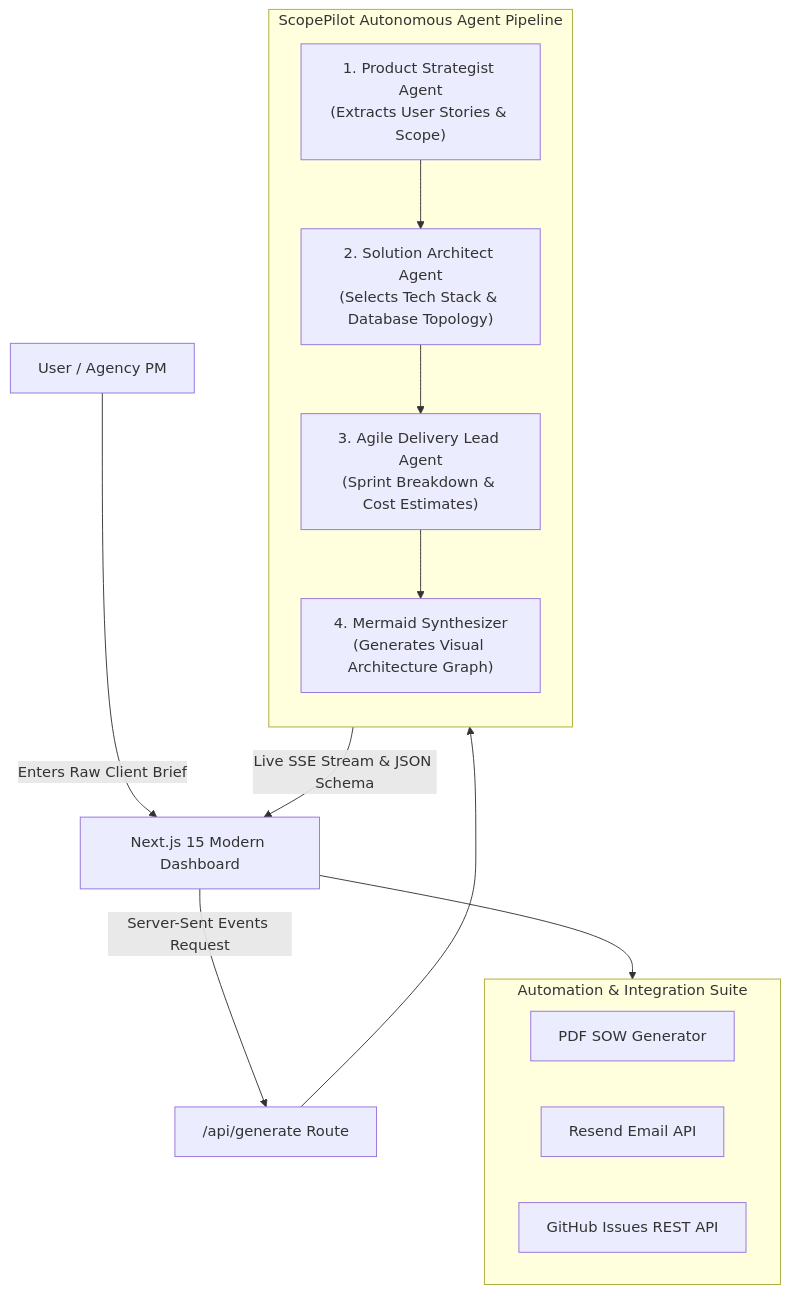
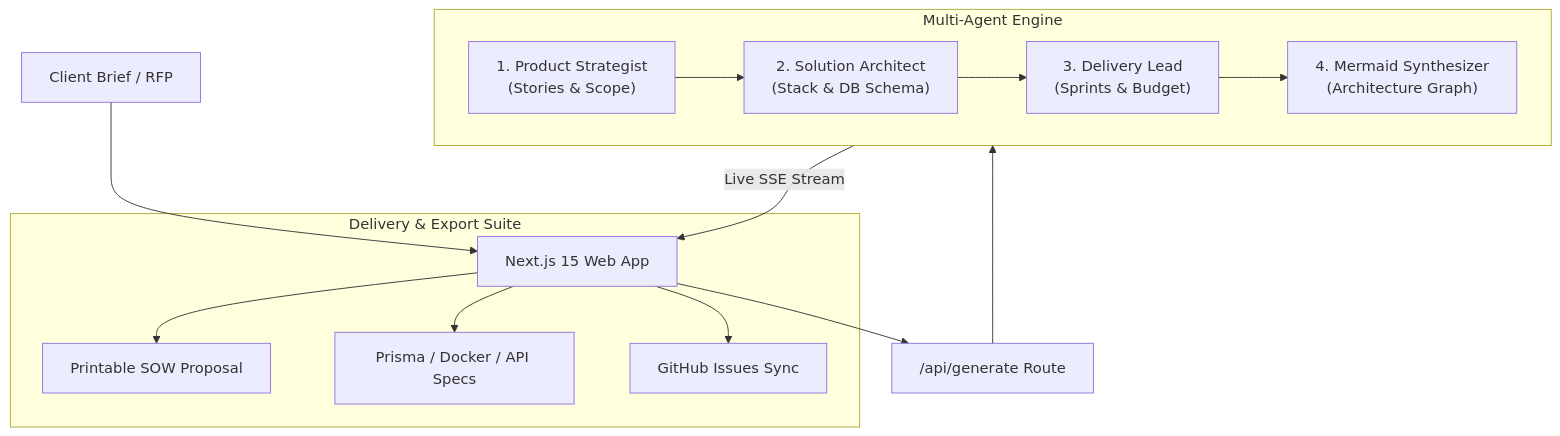
Before and after one commit to iamyoussef2005/scopepilot-ai: the diagram in README.md, drawn with Mermaid. The commit also changed other lines of this file, not shown here.

````diff
--- a/README.md
+++ b/README.md
@@ -31,26 +30,20 @@
 ```mermaid
 flowchart TD
-    User["User / Agency PM"] -->|Enters Raw Client Brief| UI["Next.js 15 Modern Dashboard"]
-    UI -->|Server-Sent Events Request| API["/api/generate Route"]
+    User["Client Brief / RFP"] --> UI["Next.js 15 Web App"]
+    UI --> API["/api/generate Route"]
     
-    subgraph AgentPipeline["ScopePilot Autonomous Agent Pipeline"]
-        direction TB
-        Agent1["1. Product Strategist Agent\n(Extracts User Stories & Scope)"]
-        Agent2["2. Solution Architect Agent\n(Selects Tech Stack & Database Topology)"]
-        Agent3["3. Agile Delivery Lead Agent\n(Sprint Breakdown & Cost Estimates)"]
-        Agent4["4. Mermaid Synthesizer\n(Generates Visual Architecture Graph)"]
-        Agent1 --> Agent2 --> Agent3 --> Agent4
+    subgraph AgentPipeline["Multi-Agent Engine"]
+        A1["1. Product Strategist\n(Stories & Scope)"] --> A2["2. Solution Architect\n(Stack & DB Schema)"]
+        A2 --> A3["3. Delivery Lead\n(Sprints & Budget)"]
+        A3 --> A4["4. Mermaid Synthesizer\n(Architecture Graph)"]
     end
     
     API --> AgentPipeline
-    AgentPipeline -->|Live SSE Stream & JSON Schema| UI
+    AgentPipeline -->|Live SSE Stream| UI
     
-    subgraph ActionTools["Automation & Integration Suite"]
-        direction LR
-        PDF["PDF SOW Generator"]
-        Resend["Resend Email API"]
-        GitHub["GitHub Issues REST API"]
+    subgraph OutputSuite["Delivery & Export Suite"]
+        UI --> PDF["Printable SOW Proposal"]
+        UI --> Code["Prisma / Docker / API Specs"]
+        UI --> GH["GitHub Issues Sync"]
     end
-    
-    UI --> ActionTools
 ```
````
